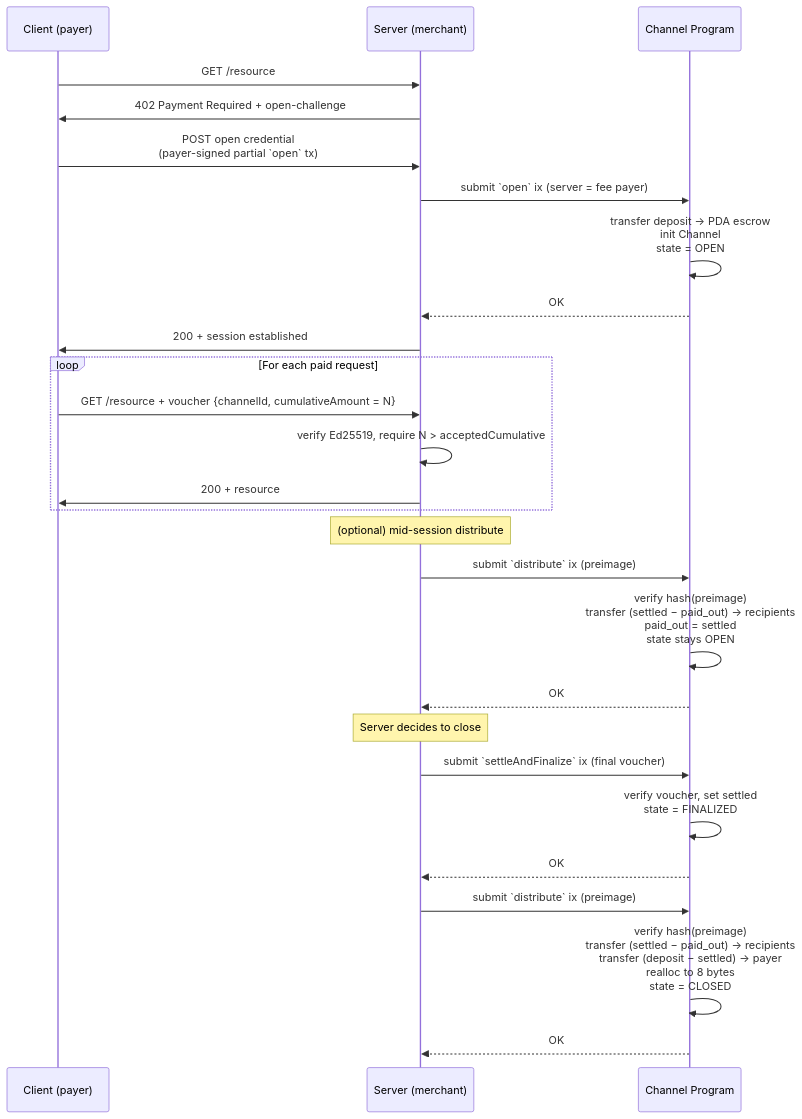
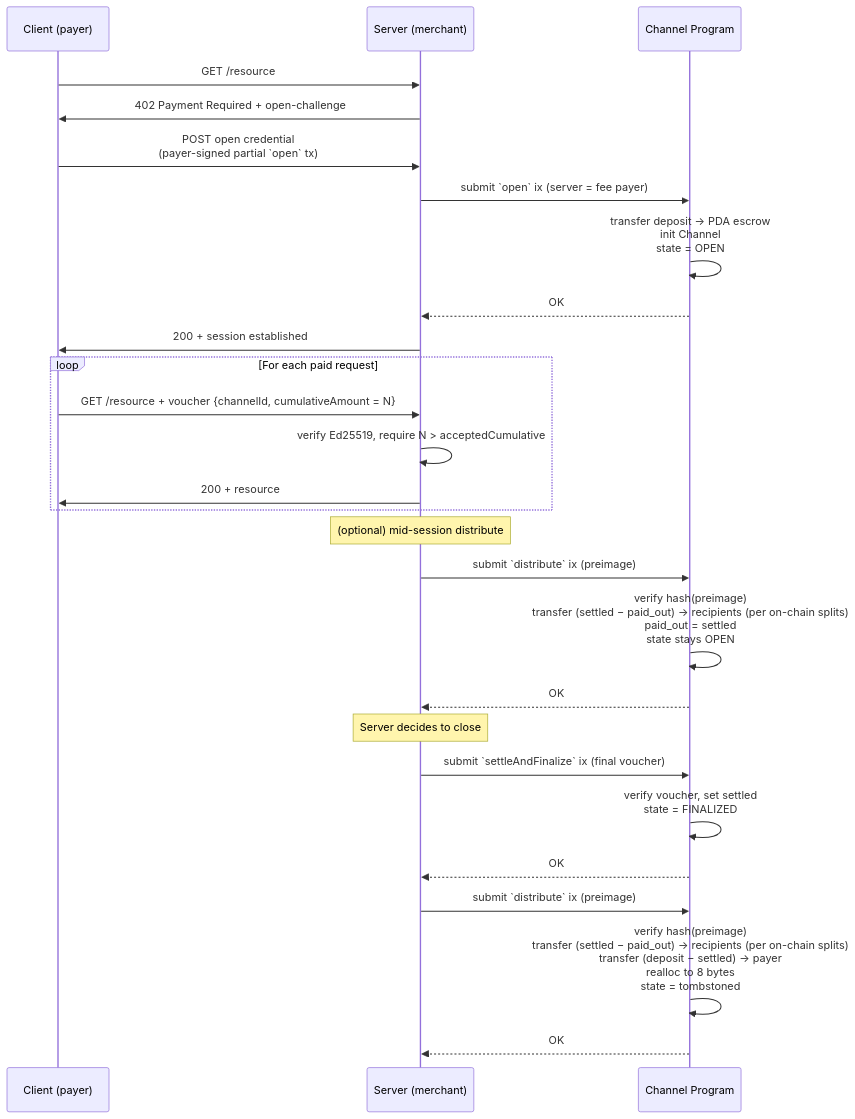
One commit to solana-foundation/payment-channels changed the first of 2 diagrams in docs/002-http-protocol.md. Above: the diagram before and after it, drawn with Mermaid. The commit also changed other lines of this file and 4 other files, not shown here.

````diff
--- a/docs/002-http-protocol.md
+++ b/docs/002-http-protocol.md
@@ -71,35 +106,35 @@
 ```mermaid
 sequenceDiagram
     participant C as Client (payer)
     participant S as Server (merchant)
     participant P as Channel Program
 
     C->>S: GET /resource
     S->>C: 402 Payment Required + open-challenge
 
     C->>S: POST open credential<br/>(payer-signed partial `open` tx)
     S->>P: submit `open` ix (server = fee payer)
     P->>P: transfer deposit → PDA escrow<br/>init Channel<br/>state = OPEN
     P-->>S: OK
     S->>C: 200 + session established
 
     loop For each paid request
         C->>S: GET /resource + voucher {channelId, cumulativeAmount = N}
         S->>S: verify Ed25519, require N > acceptedCumulative
         S->>C: 200 + resource
     end
 
     Note over S: (optional) mid-session distribute
     S->>P: submit `distribute` ix (preimage)
-    P->>P: verify hash(preimage)<br/>transfer (settled − paid_out) → recipients<br/>paid_out = settled<br/>state stays OPEN
+    P->>P: verify hash(preimage)<br/>transfer (settled − paid_out) → recipients (per on-chain splits)<br/>paid_out = settled<br/>state stays OPEN
     P-->>S: OK
 
     Note over S: Server decides to close
     S->>P: submit `settleAndFinalize` ix (final voucher)
     P->>P: verify voucher, set settled<br/>state = FINALIZED
     P-->>S: OK
 
     S->>P: submit `distribute` ix (preimage)
-    P->>P: verify hash(preimage)<br/>transfer (settled − paid_out) → recipients<br/>transfer (deposit − settled) → payer<br/>realloc to 8 bytes<br/>state = CLOSED
+    P->>P: verify hash(preimage)<br/>transfer (settled − paid_out) → recipients (per on-chain splits)<br/>transfer (deposit − settled) → payer<br/>realloc to 8 bytes<br/>state = tombstoned
     P-->>S: OK
 ```
````
